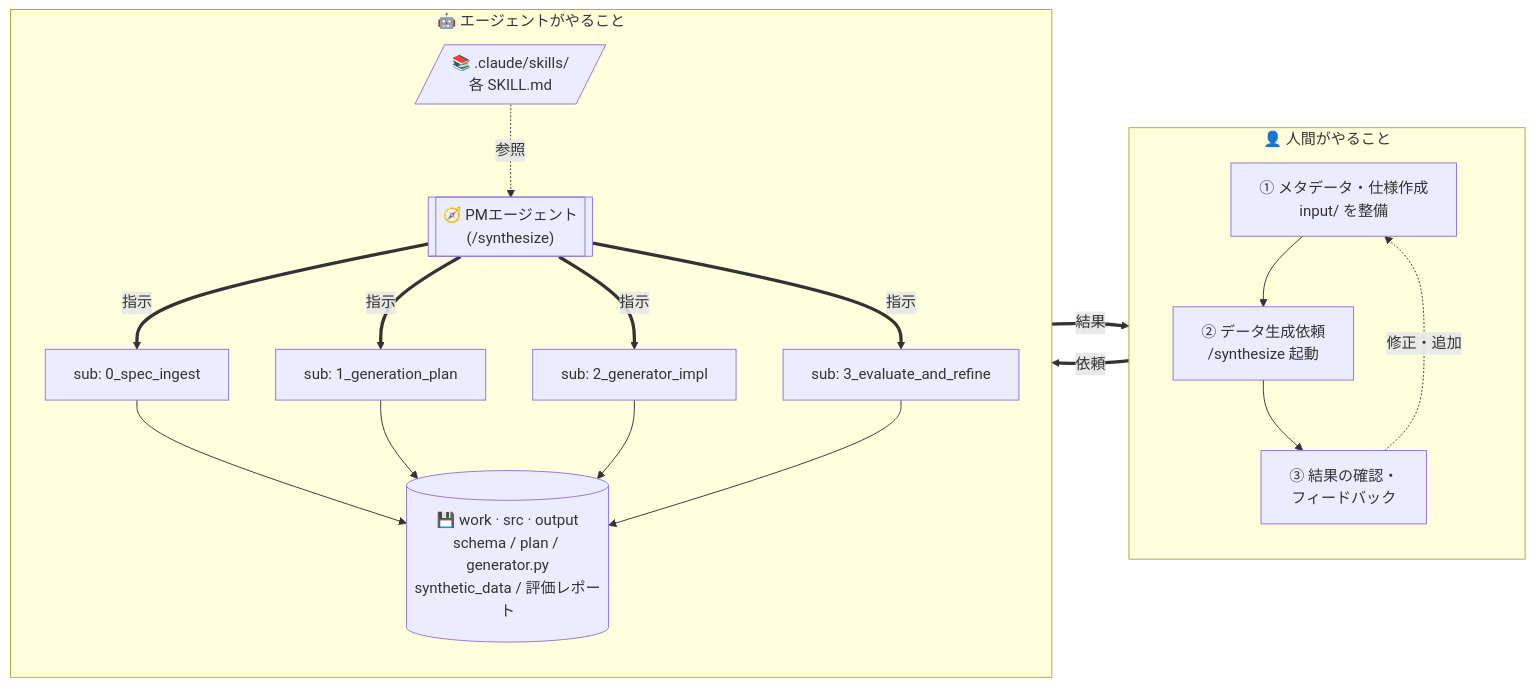
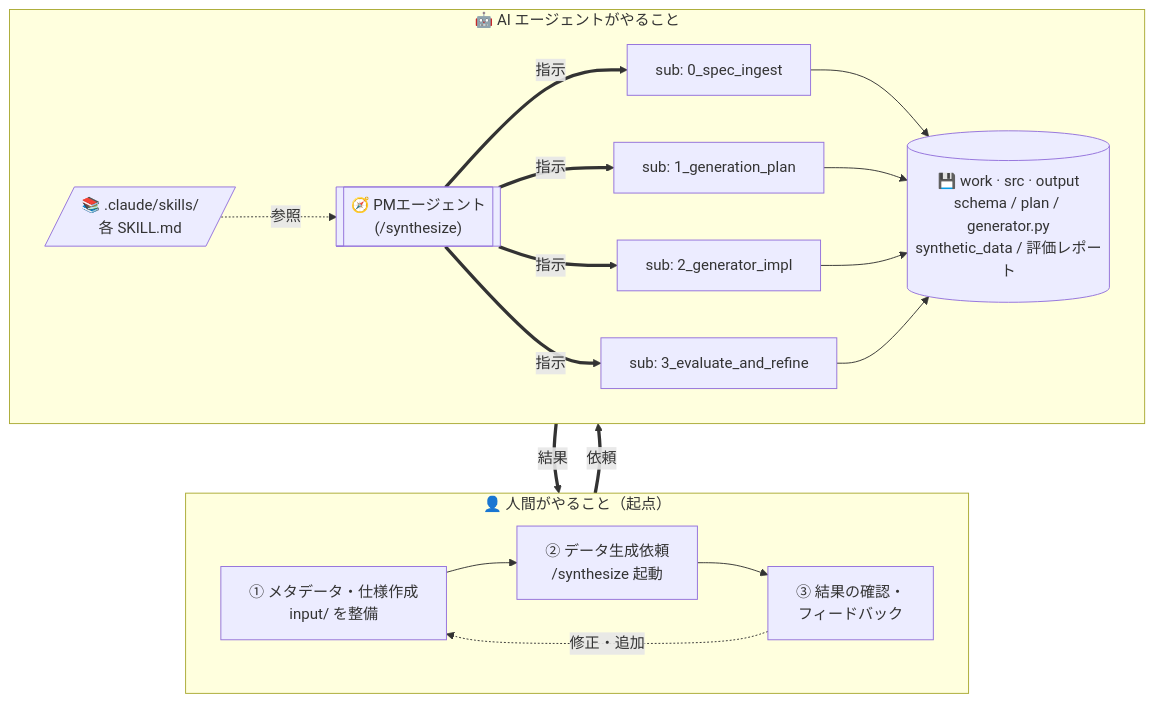
Before and after one commit to gghatano/mockdata-generator: the diagram in README.md, drawn with Mermaid.

Commit message:
docs(readme): flip to TB layout so HUMAN sits on top, AGENT below
flowchart LR with two subgraphs + cross arrows kept stacking them
vertically with the agent on top, which read backwards. Switch to
flowchart TB explicitly and use direction LR inside each subgraph so
that the human (starting point) renders above the AI agent block.

````diff
--- a/README.md
+++ b/README.md
@@ -11,35 +11,35 @@
 ```mermaid
-flowchart LR
-    subgraph HUMAN["👤 人間がやること"]
-        direction TB
+flowchart TB
+    subgraph HUMAN["👤 人間がやること（起点）"]
+        direction LR
         H1["① メタデータ・仕様作成<br/>input/ を整備"]
         H2["② データ生成依頼<br/>/synthesize 起動"]
         H3["③ 結果の確認・<br/>フィードバック"]
         H1 --> H2 --> H3
         H3 -. 修正・追加 .-> H1
     end
 
-    subgraph AGENT["🤖 エージェントがやること"]
-        direction TB
+    subgraph AGENT["🤖 AI エージェントがやること"]
+        direction LR
         SKILLS[/"📚 .claude/skills/<br/>各 SKILL.md"/]
         PM[["🧭 PMエージェント<br/>(/synthesize)"]]
         SA0["sub: 0_spec_ingest"]
         SA1["sub: 1_generation_plan"]
         SA2["sub: 2_generator_impl"]
         SA3["sub: 3_evaluate_and_refine"]
         OUT[("💾 work · src · output<br/>schema / plan / generator.py<br/>synthetic_data / 評価レポート")]
 
         SKILLS -. 参照 .-> PM
         PM == 指示 ==> SA0
         PM == 指示 ==> SA1
         PM == 指示 ==> SA2
         PM == 指示 ==> SA3
         SA0 --> OUT
         SA1 --> OUT
         SA2 --> OUT
         SA3 --> OUT
     end
 
     H2 ==>|依頼| PM
     OUT ==>|結果| H3
 ```
````
